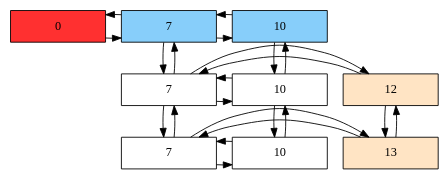
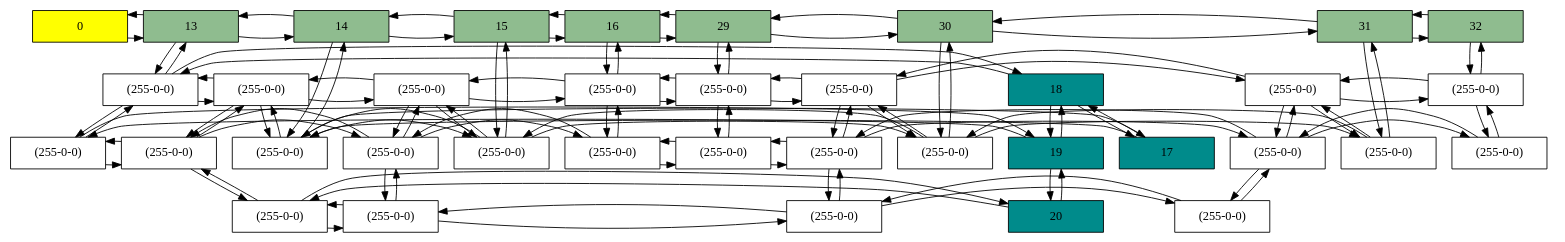
The diagram in matrix.dot (EdsonArmando/EDD_2S2019_PY1_201701029), drawn with Graphviz before and after one commit. The commit also changed 26 other files, not shown here.

```diff
--- a/matrix.dot
+++ b/matrix.dot
@@ -1,41 +1,185 @@
 digraph Sparce_Matrix {
  node [shape=box]
-  Mt[ label = "0", width = 1.5, style = filled, fillcolor = firebrick1, group = 1 ];
+  Mt[ label = "0", width = 1.5, style = filled, fillcolor = yellow, group = 1 ];
 e0[ shape = point, width = 0 ];
  e1[ shape = point, width = 0 ];
-U12[label = "12" pos = "5.3,3.5!" width = 1.5 style = filled, fillcolor = bisque1, group = 1 ];
-U12 -> N7_L12
-N7_L12 ->U12
-U12 -> U13
-U13 -> U12
-N7_L12 -> N7_L13
-N7_L13 -> N7_L12
-N7_L12[label = "7" width = 1.5, group = 2 ];
-{ rank = same; U12;N7_L12; }
-N7_L12 -> N10_L12
-N10_L12 -> N7_L12
-N10_L12 -> N10_L13
-N10_L13 -> N10_L12
-N10_L12[label = "10" width = 1.5, group = 2 ];
-{ rank = same; U12;N10_L12; }
-U13[label = "13" pos = "5.3,3.5!" width = 1.5 style = filled, fillcolor = bisque1, group = 1 ];
-U13 -> N7_L13
-N7_L13 ->U13
-N7_L13[label = "7" width = 1.5, group = 2 ];
-{ rank = same; U13;N7_L13; }
-N7_L13 -> N10_L13
-N10_L13 -> N7_L13
-N10_L13[label = "10" width = 1.5, group = 2 ];
-{ rank = same; U13;N10_L13; }
-Mt->A7
-A7->Mt
-A7[label = "7"   width = 1.5 style = filled, fillcolor = lightskyblue, group = 2 ];
-A7 -> N7_L12
-N7_L12 -> A7
-A7 -> A10
-A10 -> A7
-A10[label = "10"   width = 1.5 style = filled, fillcolor = lightskyblue, group = 2 ];
-A10 -> N10_L12
-N10_L12 -> A10
- { rank = same; Mt;A7;A10;}
+U17[label = "17" pos = "5.3,3.5!" width = 1.5 style = filled, fillcolor = cyan4, group = 1 ];
+U17 -> N14_L17
+N14_L17 ->U17
+U17 -> U18
+U18 -> U17
+N14_L17 -> N14_L18
+N14_L18 -> N14_L17
+N14_L17[label = "(255-0-0)" width = 1.5, group = 2 ];
+{ rank = same; U17;N14_L17; }
+N14_L17 -> N15_L17
+N15_L17 -> N14_L17
+N15_L17 -> N15_L18
+N15_L18 -> N15_L17
+N15_L17[label = "(255-0-0)" width = 1.5, group = 2 ];
+{ rank = same; U17;N15_L17; }
+N15_L17 -> N30_L17
+N30_L17 -> N15_L17
+N30_L17 -> N30_L18
+N30_L18 -> N30_L17
+N30_L17[label = "(255-0-0)" width = 1.5, group = 2 ];
+{ rank = same; U17;N30_L17; }
+N30_L17 -> N31_L17
+N31_L17 -> N30_L17
+N31_L17 -> N31_L18
+N31_L18 -> N31_L17
+N31_L17[label = "(255-0-0)" width = 1.5, group = 2 ];
+{ rank = same; U17;N31_L17; }
+U18[label = "18" pos = "5.3,3.5!" width = 1.5 style = filled, fillcolor = cyan4, group = 1 ];
+U18 -> N13_L18
+N13_L18 ->U18
+U18 -> U19
+U19 -> U18
+N13_L18 -> N13_L19
+N13_L19 -> N13_L18
+N13_L18[label = "(255-0-0)" width = 1.5, group = 2 ];
+{ rank = same; U18;N13_L18; }
+N13_L18 -> N14_L18
+N14_L18 -> N13_L18
+N14_L18 -> N14_L19
+N14_L19 -> N14_L18
+N14_L18[label = "(255-0-0)" width = 1.5, group = 2 ];
+{ rank = same; U18;N14_L18; }
+N14_L18 -> N15_L18
+N15_L18 -> N14_L18
+N15_L18 -> N15_L19
+N15_L19 -> N15_L18
+N15_L18[label = "(255-0-0)" width = 1.5, group = 2 ];
+{ rank = same; U18;N15_L18; }
+N15_L18 -> N16_L18
+N16_L18 -> N15_L18
+N16_L18 -> N16_L19
+N16_L19 -> N16_L18
+N16_L18[label = "(255-0-0)" width = 1.5, group = 2 ];
+{ rank = same; U18;N16_L18; }
+N16_L18 -> N29_L18
+N29_L18 -> N16_L18
+N29_L18 -> N29_L19
+N29_L19 -> N29_L18
+N29_L18[label = "(255-0-0)" width = 1.5, group = 2 ];
+{ rank = same; U18;N29_L18; }
+N29_L18 -> N30_L18
+N30_L18 -> N29_L18
+N30_L18 -> N30_L19
+N30_L19 -> N30_L18
+N30_L18[label = "(255-0-0)" width = 1.5, group = 2 ];
+{ rank = same; U18;N30_L18; }
+N30_L18 -> N31_L18
+N31_L18 -> N30_L18
+N31_L18 -> N31_L19
+N31_L19 -> N31_L18
+N31_L18[label = "(255-0-0)" width = 1.5, group = 2 ];
+{ rank = same; U18;N31_L18; }
+N31_L18 -> N32_L18
+N32_L18 -> N31_L18
+N32_L18 -> N32_L19
+N32_L19 -> N32_L18
+N32_L18[label = "(255-0-0)" width = 1.5, group = 2 ];
+{ rank = same; U18;N32_L18; }
+U19[label = "19" pos = "5.3,3.5!" width = 1.5 style = filled, fillcolor = cyan4, group = 1 ];
+U19 -> N13_L19
+N13_L19 ->U19
+U19 -> U20
+U20 -> U19
+N13_L19[label = "(255-0-0)" width = 1.5, group = 2 ];
+{ rank = same; U19;N13_L19; }
+N13_L19 -> N14_L19
+N14_L19 -> N13_L19
+N14_L19 -> N14_L20
+N14_L20 -> N14_L19
+N14_L19[label = "(255-0-0)" width = 1.5, group = 2 ];
+{ rank = same; U19;N14_L19; }
+N14_L19 -> N15_L19
+N15_L19 -> N14_L19
+N15_L19 -> N15_L20
+N15_L20 -> N15_L19
+N15_L19[label = "(255-0-0)" width = 1.5, group = 2 ];
+{ rank = same; U19;N15_L19; }
+N15_L19 -> N16_L19
+N16_L19 -> N15_L19
+N16_L19[label = "(255-0-0)" width = 1.5, group = 2 ];
+{ rank = same; U19;N16_L19; }
+N16_L19 -> N29_L19
+N29_L19 -> N16_L19
+N29_L19[label = "(255-0-0)" width = 1.5, group = 2 ];
+{ rank = same; U19;N29_L19; }
+N29_L19 -> N30_L19
+N30_L19 -> N29_L19
+N30_L19 -> N30_L20
+N30_L20 -> N30_L19
+N30_L19[label = "(255-0-0)" width = 1.5, group = 2 ];
+{ rank = same; U19;N30_L19; }
+N30_L19 -> N31_L19
+N31_L19 -> N30_L19
+N31_L19 -> N31_L20
+N31_L20 -> N31_L19
+N31_L19[label = "(255-0-0)" width = 1.5, group = 2 ];
+{ rank = same; U19;N31_L19; }
+N31_L19 -> N32_L19
+N32_L19 -> N31_L19
+N32_L19[label = "(255-0-0)" width = 1.5, group = 2 ];
+{ rank = same; U19;N32_L19; }
+U20[label = "20" pos = "5.3,3.5!" width = 1.5 style = filled, fillcolor = cyan4, group = 1 ];
+U20 -> N14_L20
+N14_L20 ->U20
+N14_L20[label = "(255-0-0)" width = 1.5, group = 2 ];
+{ rank = same; U20;N14_L20; }
+N14_L20 -> N15_L20
+N15_L20 -> N14_L20
+N15_L20[label = "(255-0-0)" width = 1.5, group = 2 ];
+{ rank = same; U20;N15_L20; }
+N15_L20 -> N30_L20
+N30_L20 -> N15_L20
+N30_L20[label = "(255-0-0)" width = 1.5, group = 2 ];
+{ rank = same; U20;N30_L20; }
+N30_L20 -> N31_L20
+N31_L20 -> N30_L20
+N31_L20[label = "(255-0-0)" width = 1.5, group = 2 ];
+{ rank = same; U20;N31_L20; }
+Mt->A13
+A13->Mt
+A13[label = "13"   width = 1.5 style = filled, fillcolor = darkseagreen, group = 2 ];
+A13 -> N13_L18
+N13_L18 -> A13
+A13 -> A14
+A14 -> A13
+A14[label = "14"   width = 1.5 style = filled, fillcolor = darkseagreen, group = 2 ];
+A14 -> N14_L17
+N14_L17 -> A14
+A14 -> A15
+A15 -> A14
+A15[label = "15"   width = 1.5 style = filled, fillcolor = darkseagreen, group = 2 ];
+A15 -> N15_L17
+N15_L17 -> A15
+A15 -> A16
+A16 -> A15
+A16[label = "16"   width = 1.5 style = filled, fillcolor = darkseagreen, group = 2 ];
+A16 -> N16_L18
+N16_L18 -> A16
+A16 -> A29
+A29 -> A16
+A29[label = "29"   width = 1.5 style = filled, fillcolor = darkseagreen, group = 2 ];
+A29 -> N29_L18
+N29_L18 -> A29
+A29 -> A30
+A30 -> A29
+A30[label = "30"   width = 1.5 style = filled, fillcolor = darkseagreen, group = 2 ];
+A30 -> N30_L17
+N30_L17 -> A30
+A30 -> A31
+A31 -> A30
+A31[label = "31"   width = 1.5 style = filled, fillcolor = darkseagreen, group = 2 ];
+A31 -> N31_L17
+N31_L17 -> A31
+A31 -> A32
+A32 -> A31
+A32[label = "32"   width = 1.5 style = filled, fillcolor = darkseagreen, group = 2 ];
+A32 -> N32_L18
+N32_L18 -> A32
+ { rank = same; Mt;A13;A14;A15;A16;A29;A30;A31;A32;}
 }
```
